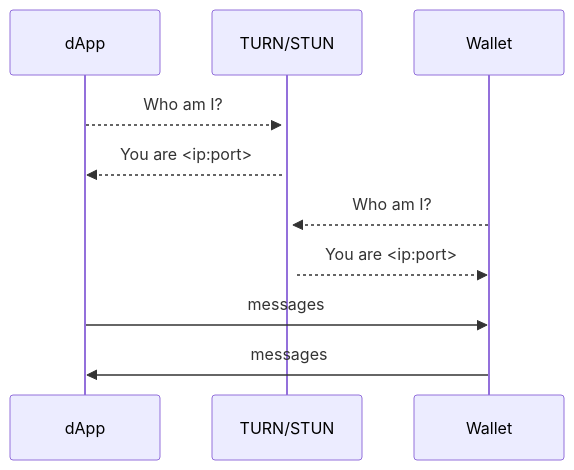
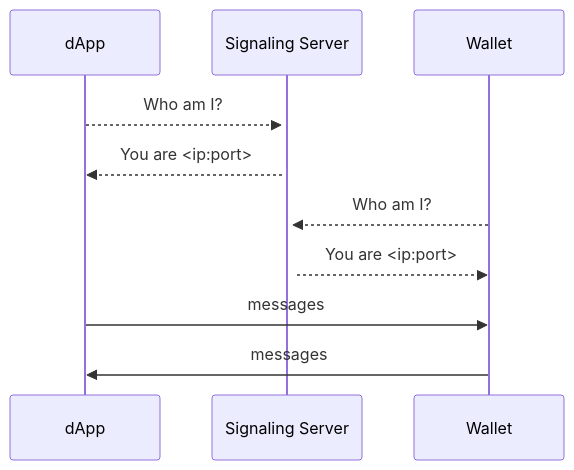
The first of 4 diagrams in CIP-????/README.md (cardano-foundation/CIPs), drawn with Mermaid before and after one commit. The commit also changed other lines of this file, not shown here.

Commit message:
chore: add updates section, change wording to signaling server, update links

````diff
--- a/CIP-????/README.md
+++ b/CIP-????/README.md
@@ -32,9 +32,9 @@
 ```mermaid
 sequenceDiagram
-    dApp-->>+TURN/STUN: Who am I?
-    TURN/STUN-->>dApp: You are <ip:port>
-    Wallet-->>+TURN/STUN: Who am I?
-    TURN/STUN-->>Wallet: You are <ip:port>
+    dApp-->>+Signaling Server: Who am I?
+    Signaling Server-->>dApp: You are <ip:port>
+    Wallet-->>+Signaling Server: Who am I?
+    Signaling Server-->>Wallet: You are <ip:port>
     dApp->>Wallet: messages
     Wallet->>dApp: messages
 ```
````
